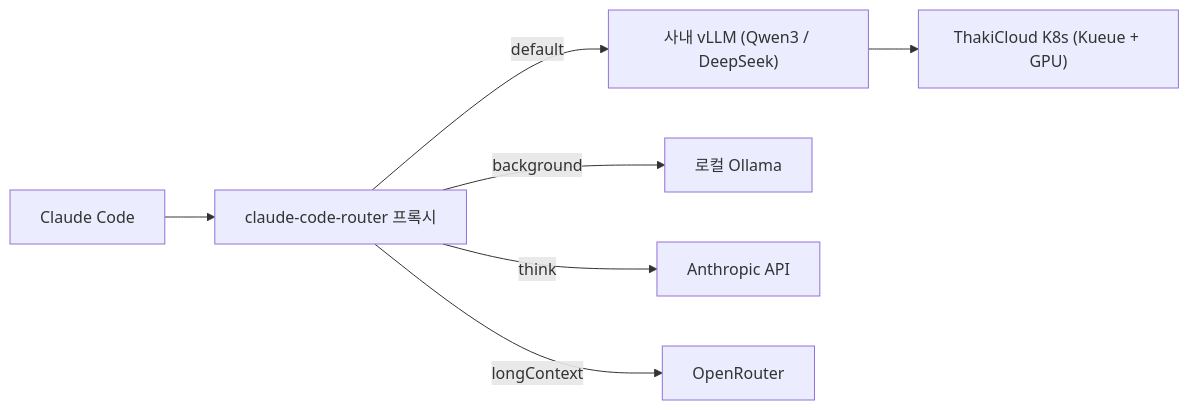
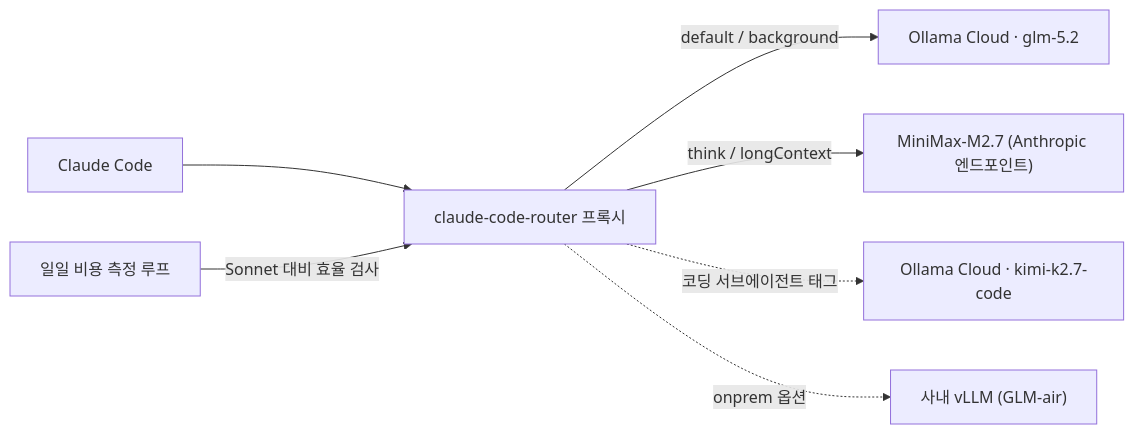
The diagram in _posts/ko/llmops/2026-06-24-claude-code-router-onprem-routing.md (ThakiCloud/thakicloud.github.io), drawn with Mermaid before and after one commit. The commit also changed other lines of this file and 2 other files, not shown here.

First line of the commit message:
docs(llmops): rewrite CCR routing post with verified 3-model setup + cost loop

````diff
--- a/_posts/ko/llmops/2026-06-24-claude-code-router-onprem-routing.md
+++ b/_posts/ko/llmops/2026-06-24-claude-code-router-onprem-routing.md
@@ -25,9 +26,9 @@
 ```mermaid
 flowchart LR
     CC["Claude Code"] --> CCR["claude-code-router 프록시"]
-    CCR -->|default| VLLM["사내 vLLM (Qwen3 / DeepSeek)"]
-    CCR -->|background| OLLAMA["로컬 Ollama"]
-    CCR -->|think| ANTH["Anthropic API"]
-    CCR -->|longContext| OR["OpenRouter"]
-    VLLM --> K8S["ThakiCloud K8s (Kueue + GPU)"]
+    CCR -->|default / background| GLM["Ollama Cloud · glm-5.2"]
+    CCR -->|think / longContext| MM["MiniMax-M2.7 (Anthropic 엔드포인트)"]
+    CCR -.->|코딩 서브에이전트 태그| KIMI["Ollama Cloud · kimi-k2.7-code"]
+    CCR -.->|onprem 옵션| VLLM["사내 vLLM (GLM-air)"]
+    AUDIT["일일 비용 측정 루프"] -->|Sonnet 대비 효율 검사| CCR
 ```
````
